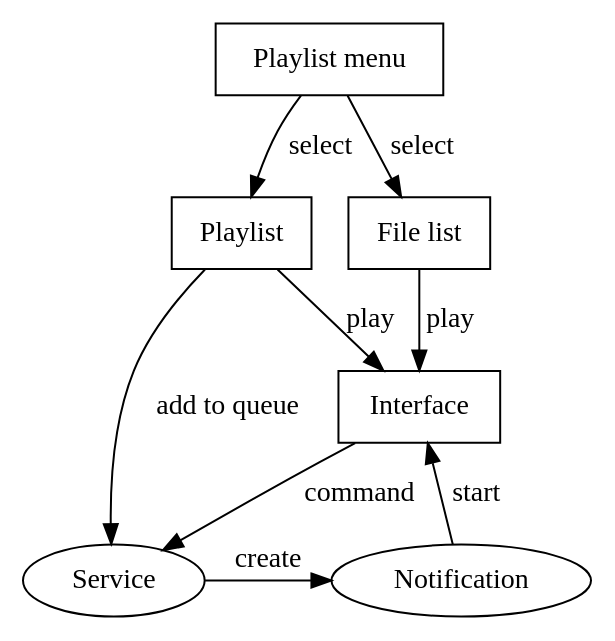
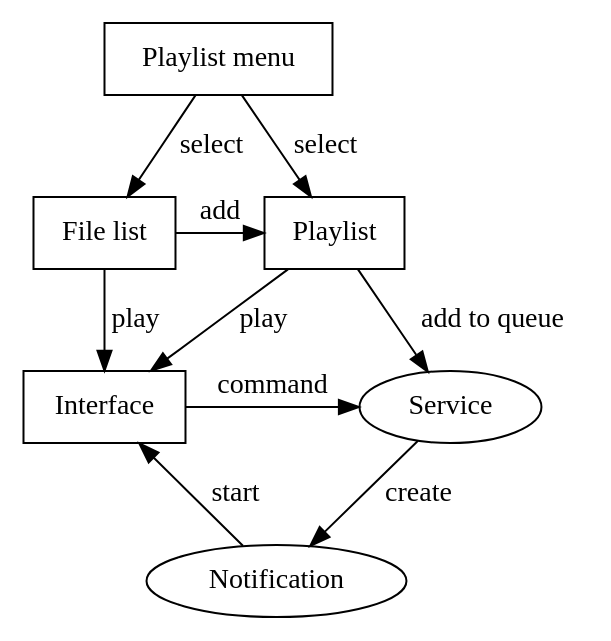
Before and after one commit to mmontag/chip-player-js: the diagram in src/android/layout.dot, drawn with Graphviz. The commit also changed 3 other files, not shown here.

```diff
--- a/src/android/layout.dot
+++ b/src/android/layout.dot
@@ -1,25 +1,32 @@
 digraph layout {
 	/*rankdir=LR;*/
 
+	"Playlist menu"			[shape=box];
 	"File list"			[shape=box];
-	"Playlist menu"			[shape=box];
 	"Playlist"			[shape=box];
 	"Player"			[shape=box, label="Interface"];
 	"Service";
 	"Notification";
 
-	subgraph a {
+	subgraph {
 		rank=same;
 		"Service";
-		"Notification";
+		"Player";
 	}
 
+	subgraph {
+		rank=same;
+		"File list";
+		"Playlist";
+	}
+
+	"Playlist menu" -> "File list"	[label="select"];	
 	"Playlist menu" -> "Playlist"	[label="select"];	
-	"Playlist menu" -> "File list"	[label="select"];	
+	"File list" -> "Playlist"	[label="add"];
 	"Playlist" -> "Player"		[label="play"];
 	"File list" -> "Player"		[label="play"];
 	"Player" -> "Service"		[label="command"];
 	"Playlist" -> "Service"		[label="add to queue"];
 	"Service" -> "Notification"	[label="create"];
 	"Notification" -> "Player"	[label="start"];
 }
```
